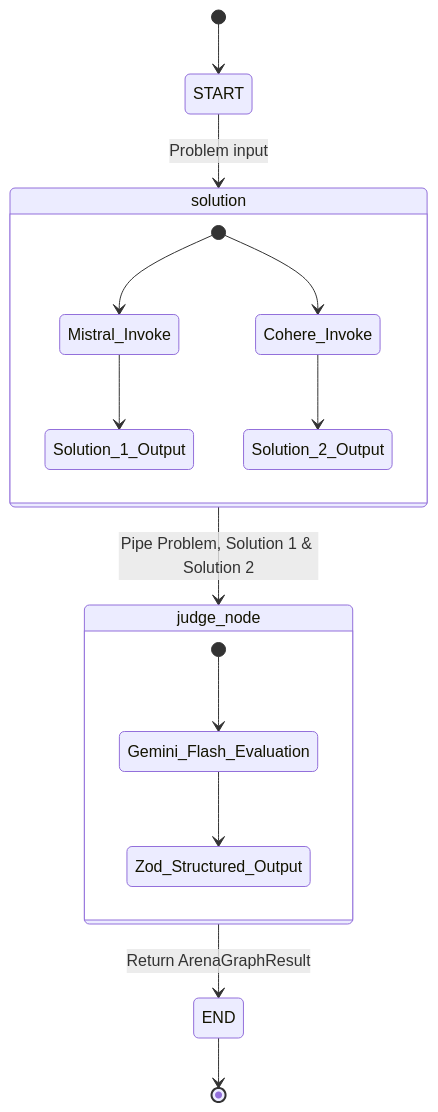
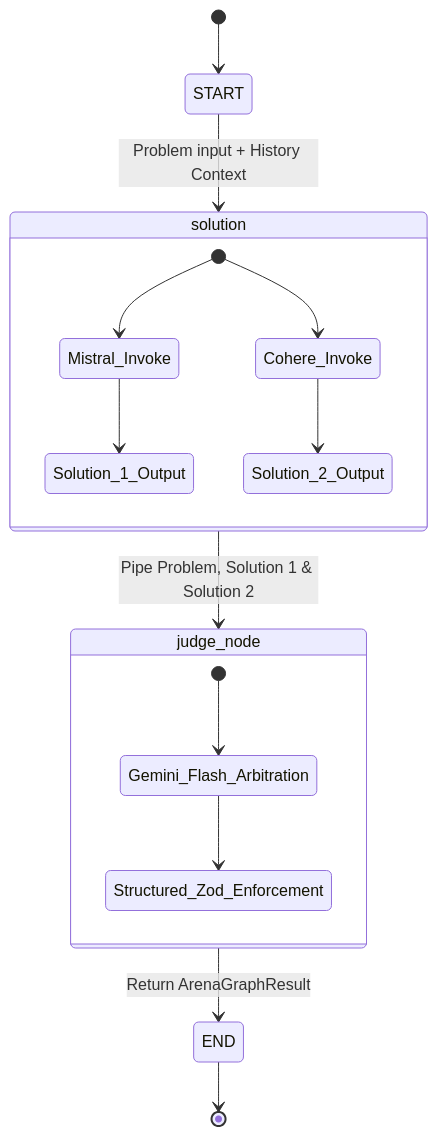
Before and after one commit to DibyanshuChauhan/Job-Ready-AI-Cohort-Daily-Progress: the third of 3 diagrams in Projects/4. AI Battle Arena/Backend/README.md, drawn with Mermaid. The commit also changed other lines of this file and 2 other files, not shown here.

Commit message:
docs: add project-wide and module-specific documentation for AI Battle Arena backend and frontend architectures

````diff
--- a/Projects/4. AI Battle Arena/Backend/README.md
+++ b/Projects/4. AI Battle Arena/Backend/README.md
@@ -145,22 +129,22 @@
 ```mermaid
 stateDiagram-v2
     [*] --> START
-    START --> solution: Problem input
+    START --> solution: Problem input + History Context
     
     state solution {
         [*] --> Mistral_Invoke
         [*] --> Cohere_Invoke
         Mistral_Invoke --> Solution_1_Output
         Cohere_Invoke --> Solution_2_Output
     }
     
     solution --> judge_node: Pipe Problem, Solution 1 & Solution 2
     
     state judge_node {
-        [*] --> Gemini_Flash_Evaluation
-        Gemini_Flash_Evaluation --> Zod_Structured_Output
+        [*] --> Gemini_Flash_Arbitration
+        Gemini_Flash_Arbitration --> Structured_Zod_Enforcement
     }
     
     judge_node --> END: Return ArenaGraphResult
     END --> [*]
 ```
````
